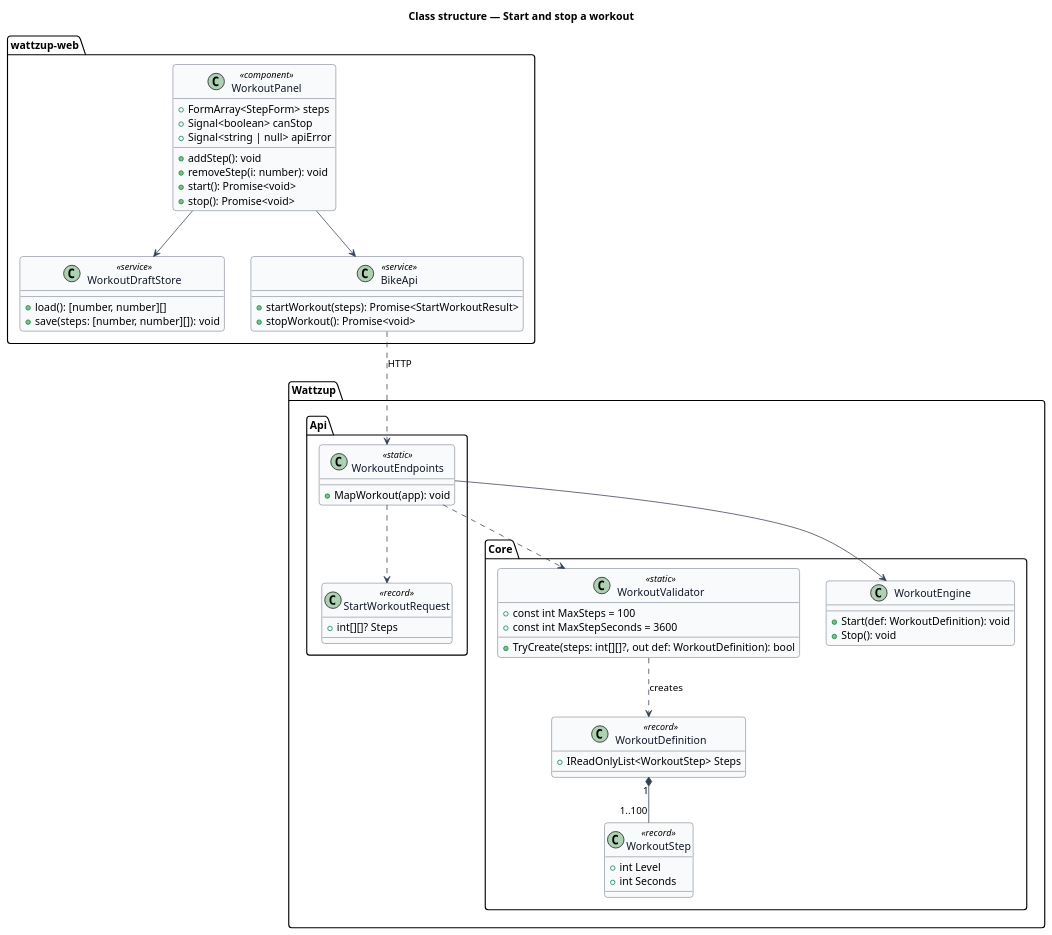
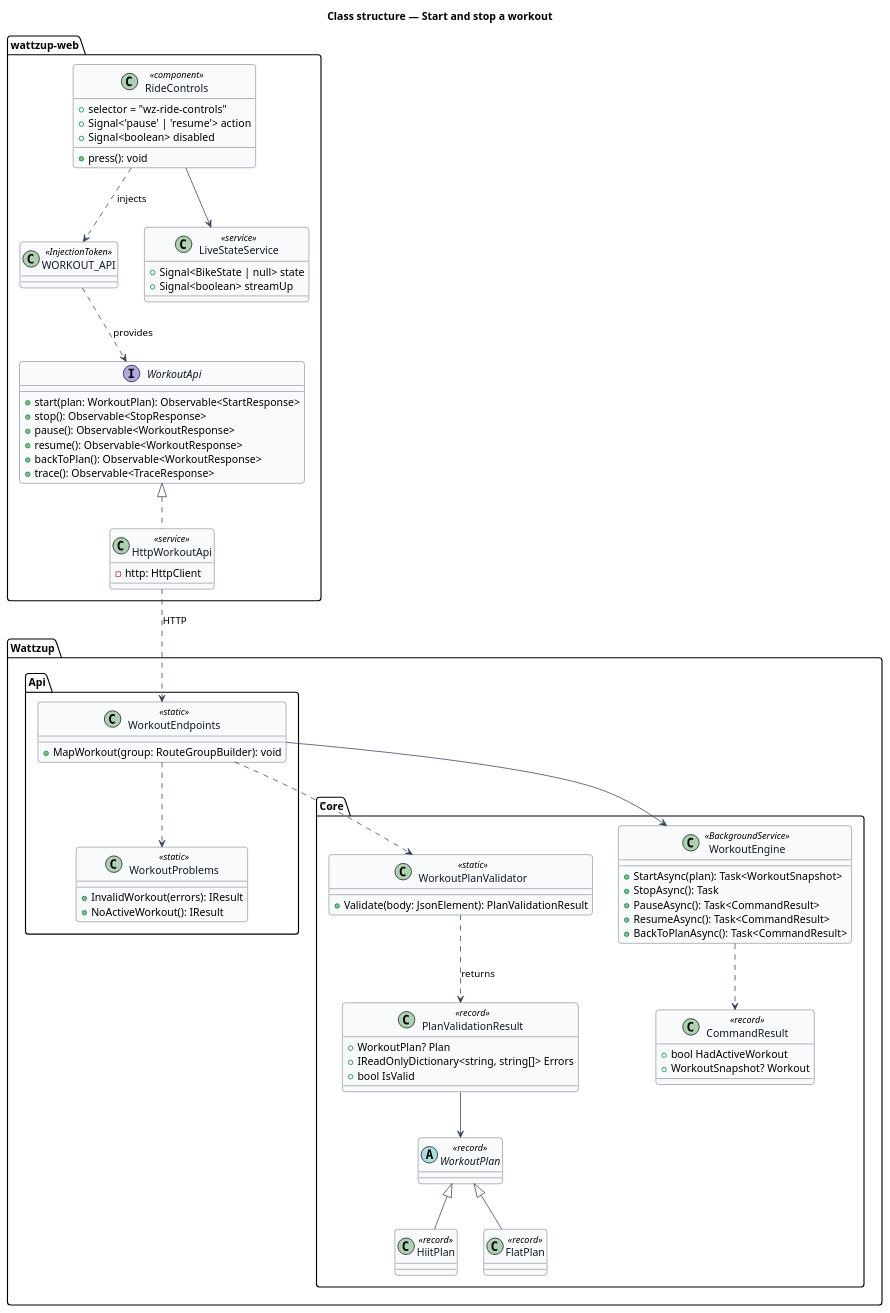
One commit to QuinntyneBrown/ride-one changed the diagram in docs/detailed-designs/workouts/start-and-stop-workout/diagrams/class-structure.puml. Above: the diagram before and after it, drawn with PlantUML. The commit also changed 265 other files, not shown here.

```diff
--- a/docs/detailed-designs/workouts/start-and-stop-workout/diagrams/class-structure.puml
+++ b/docs/detailed-designs/workouts/start-and-stop-workout/diagrams/class-structure.puml
@@ -1,70 +1,87 @@
 @startuml
 skinparam backgroundColor #FFFFFF
 skinparam shadowing false
 skinparam roundcorner 8
 skinparam defaultFontName Arial
 skinparam ArrowColor #344054
 skinparam class {
   BorderColor #344054
   FontColor #101828
   BackgroundColor #F9FAFB
 }
 title Class structure — Start and stop a workout
 
 package "wattzup-web" {
-  class WorkoutPanel <<component>> {
-    +FormArray<StepForm> steps
-    +Signal<boolean> canStop
-    +Signal<string | null> apiError
-    +addStep(): void
-    +removeStep(i: number): void
-    +start(): Promise<void>
-    +stop(): Promise<void>
+  interface WorkoutApi {
+    +start(plan: WorkoutPlan): Observable<StartResponse>
+    +stop(): Observable<StopResponse>
+    +pause(): Observable<WorkoutResponse>
+    +resume(): Observable<WorkoutResponse>
+    +backToPlan(): Observable<WorkoutResponse>
+    +trace(): Observable<TraceResponse>
   }
-  class WorkoutDraftStore <<service>> {
-    +load(): [number, number][]
-    +save(steps: [number, number][]): void
+  class HttpWorkoutApi <<service>> {
+    -http: HttpClient
   }
-  class BikeApi <<service>> {
-    +startWorkout(steps): Promise<StartWorkoutResult>
-    +stopWorkout(): Promise<void>
+  class WORKOUT_API <<InjectionToken>>
+  class RideControls <<component>> {
+    +selector = "wz-ride-controls"
+    +Signal<'pause' | 'resume'> action
+    +Signal<boolean> disabled
+    +press(): void
+  }
+  class LiveStateService <<service>> {
+    +Signal<BikeState | null> state
+    +Signal<boolean> streamUp
   }
 }
 
 package "Wattzup.Api" {
   class WorkoutEndpoints <<static>> {
-    +MapWorkout(app): void
+    +MapWorkout(group: RouteGroupBuilder): void
   }
-  class StartWorkoutRequest <<record>> {
-    +int[][]? Steps
+  class WorkoutProblems <<static>> {
+    +InvalidWorkout(errors): IResult
+    +NoActiveWorkout(): IResult
   }
 }
 
 package "Wattzup.Core" {
-  class WorkoutValidator <<static>> {
-    +const int MaxSteps = 100
-    +const int MaxStepSeconds = 3600
-    +TryCreate(steps: int[][]?, out def: WorkoutDefinition): bool
+  class WorkoutPlanValidator <<static>> {
+    +Validate(body: JsonElement): PlanValidationResult
   }
-  class WorkoutDefinition <<record>> {
-    +IReadOnlyList<WorkoutStep> Steps
+  class PlanValidationResult <<record>> {
+    +WorkoutPlan? Plan
+    +IReadOnlyDictionary<string, string[]> Errors
+    +bool IsValid
   }
-  class WorkoutStep <<record>> {
-    +int Level
-    +int Seconds
+  abstract class WorkoutPlan <<record>>
+  class HiitPlan <<record>>
+  class FlatPlan <<record>>
+  class WorkoutEngine <<BackgroundService>> {
+    +StartAsync(plan): Task<WorkoutSnapshot>
+    +StopAsync(): Task
+    +PauseAsync(): Task<CommandResult>
+    +ResumeAsync(): Task<CommandResult>
+    +BackToPlanAsync(): Task<CommandResult>
   }
-  class WorkoutEngine {
-    +Start(def: WorkoutDefinition): void
-    +Stop(): void
+  class CommandResult <<record>> {
+    +bool HadActiveWorkout
+    +WorkoutSnapshot? Workout
   }
 }
 
-WorkoutPanel --> WorkoutDraftStore
-WorkoutPanel --> BikeApi
-BikeApi ..> WorkoutEndpoints : HTTP
-WorkoutEndpoints ..> StartWorkoutRequest
-WorkoutEndpoints ..> WorkoutValidator
+WorkoutApi <|.. HttpWorkoutApi
+WORKOUT_API ..> WorkoutApi : provides
+RideControls ..> WORKOUT_API : injects
+RideControls --> LiveStateService
+HttpWorkoutApi ..> WorkoutEndpoints : HTTP
+WorkoutEndpoints ..> WorkoutPlanValidator
+WorkoutEndpoints ..> WorkoutProblems
 WorkoutEndpoints --> WorkoutEngine
-WorkoutValidator ..> WorkoutDefinition : creates
-WorkoutDefinition "1" *-- "1..100" WorkoutStep
+WorkoutPlanValidator ..> PlanValidationResult : returns
+PlanValidationResult --> WorkoutPlan
+WorkoutPlan <|-- HiitPlan
+WorkoutPlan <|-- FlatPlan
+WorkoutEngine ..> CommandResult
 @enduml
```
